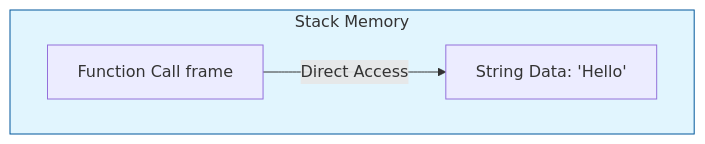
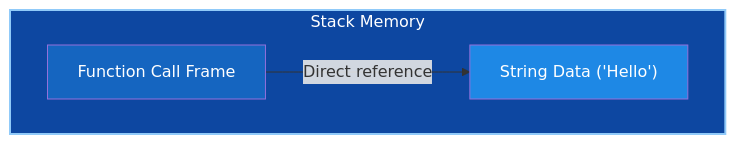
Before and after one commit to abhishekshree/microbench: the first of 4 diagrams in README.md, drawn with Mermaid. The commit also changed other lines of this file, not shown here.

````diff
--- a/README.md
+++ b/README.md
@@ -25,11 +25,12 @@
 ```mermaid
 graph TD
-    subgraph STACK [Stack Memory]
-        func[Function Call frame]
-        str[String Data: 'Hello']
-        
-        func -->|Direct Access| str
+    subgraph STACK["Stack Memory"]
+        func["Function Call Frame"]
+        str["String Data ('Hello')"]
+        func -->|Direct reference| str
     end
-    
-    style STACK fill:#e1f5fe,stroke:#01579b
+
+    style STACK fill:#0d47a1,color:#ffffff,stroke:#90caf9,stroke-width:2px
+    style func fill:#1565c0,color:#ffffff
+    style str fill:#1e88e5,color:#ffffff
 ```
````
